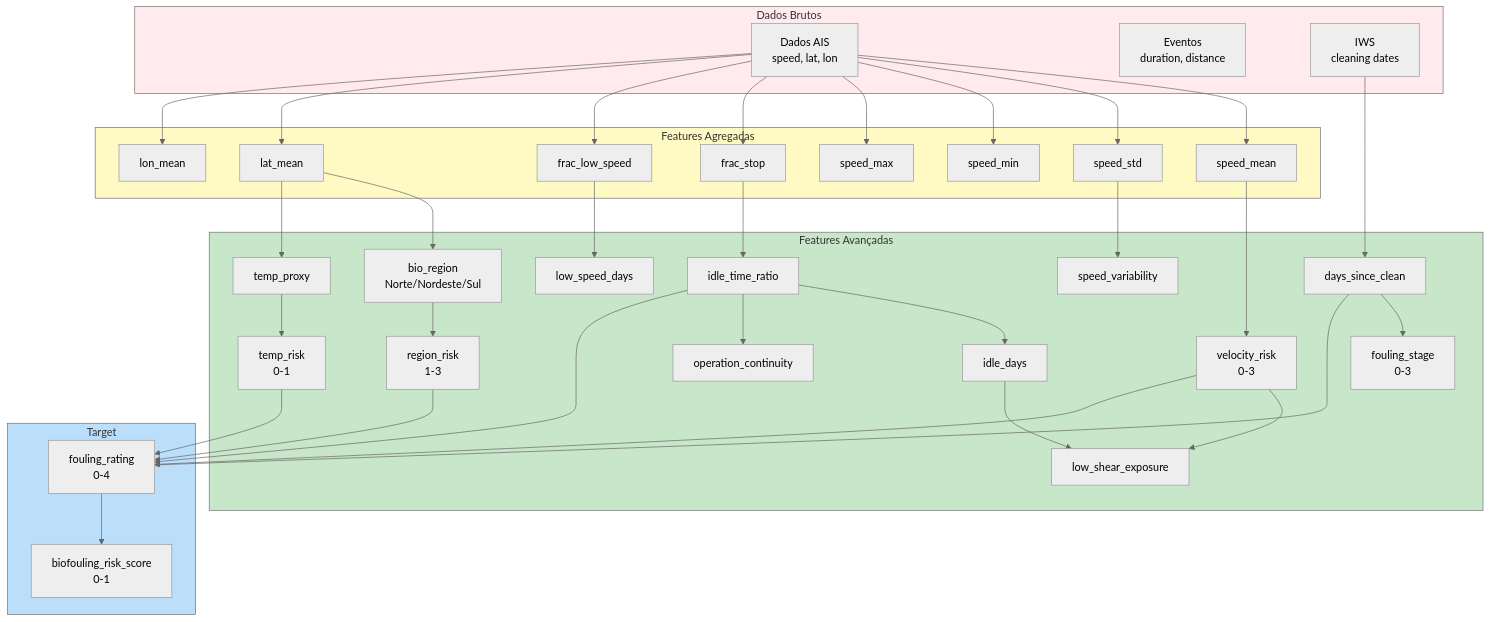
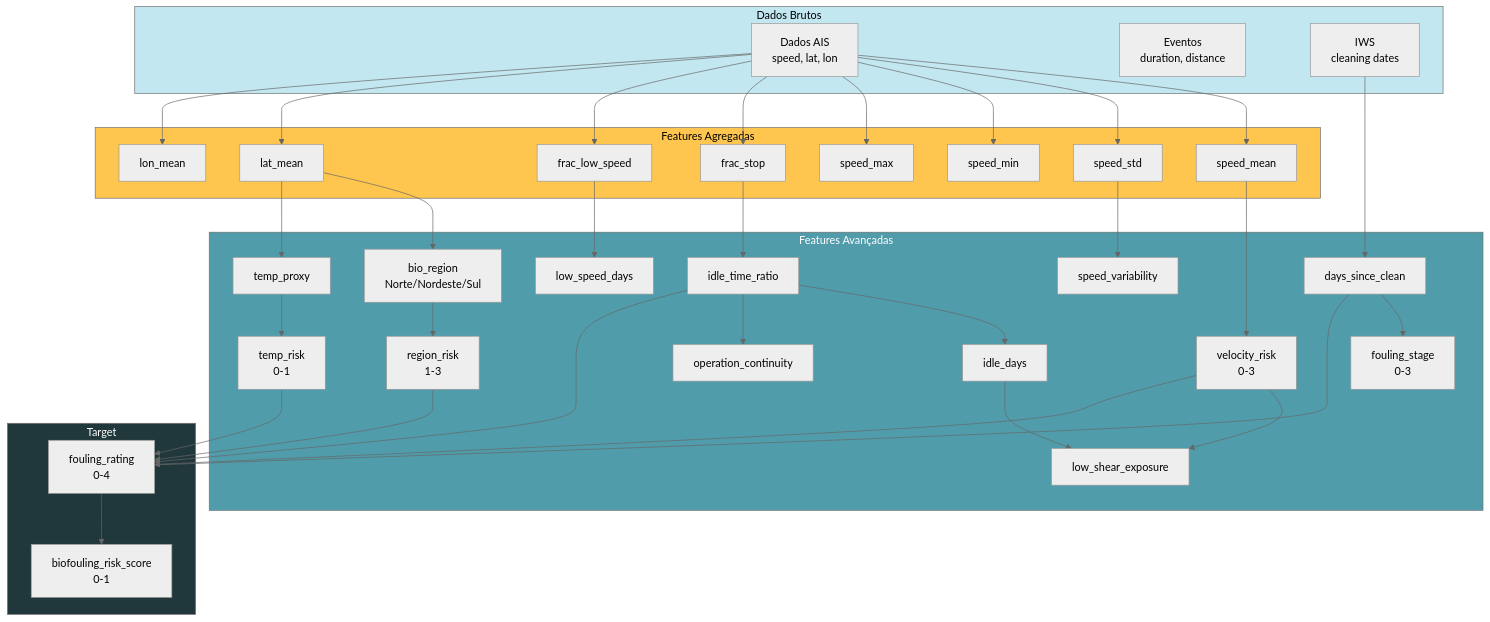
The third of 9 diagrams in DIAGRAMAS.md (bryanjulio/nexus_transpetro), drawn with Mermaid (neutral theme) before and after one commit. The commit also changed other lines of this file and 1 other file, not shown here.

Commit message:
style: Update diagram colors for improved visibility and contrast; add team member details to README

````diff
--- a/DIAGRAMAS.md
+++ b/DIAGRAMAS.md
@@ -162,57 +162,57 @@
 ```mermaid
 graph TD
     subgraph Raw["Dados Brutos"]
         AIS[Dados AIS<br/>speed, lat, lon]
         EVT[Eventos<br/>duration, distance]
         IWS_D[IWS<br/>cleaning dates]
     end
 
     subgraph Aggregated["Features Agregadas"]
         AIS --> SM[speed_mean]
         AIS --> SS[speed_std]
         AIS --> SMIN[speed_min]
         AIS --> SMAX[speed_max]
         AIS --> FS[frac_stop]
         AIS --> FLS[frac_low_speed]
         AIS --> LAT[lat_mean]
         AIS --> LON[lon_mean]
     end
 
     subgraph Advanced["Features Avançadas"]
         FS --> ITR[idle_time_ratio]
         ITR --> ID[idle_days]
         FLS --> LSD[low_speed_days]
 
         SM --> VR[velocity_risk<br/>0-3]
 
         ITR --> OC[operation_continuity]
         SS --> SV[speed_variability]
 
         ID --> LSE[low_shear_exposure]
         VR --> LSE
 
         LAT --> BR[bio_region<br/>Norte/Nordeste/Sul]
         BR --> RR[region_risk<br/>1-3]
 
         LAT --> TP[temp_proxy]
         TP --> TR[temp_risk<br/>0-1]
 
         IWS_D --> DSC[days_since_clean]
         DSC --> FS_ST[fouling_stage<br/>0-3]
     end
 
     subgraph Target["Target"]
         VR --> FR[fouling_rating<br/>0-4]
         ITR --> FR
         TR --> FR
         RR --> FR
         DSC --> FR
 
         FR --> BRS[biofouling_risk_score<br/>0-1]
     end
 
-    style Raw fill:#FFEBEE
-    style Aggregated fill:#FFF9C4
-    style Advanced fill:#C8E6C9
-    style Target fill:#BBDEFB
+    style Raw fill:#C3E7F1,color:#000
+    style Aggregated fill:#FFC64F,color:#000
+    style Advanced fill:#519CAB,color:#FFF
+    style Target fill:#20373B,color:#FFF
 ```
````
